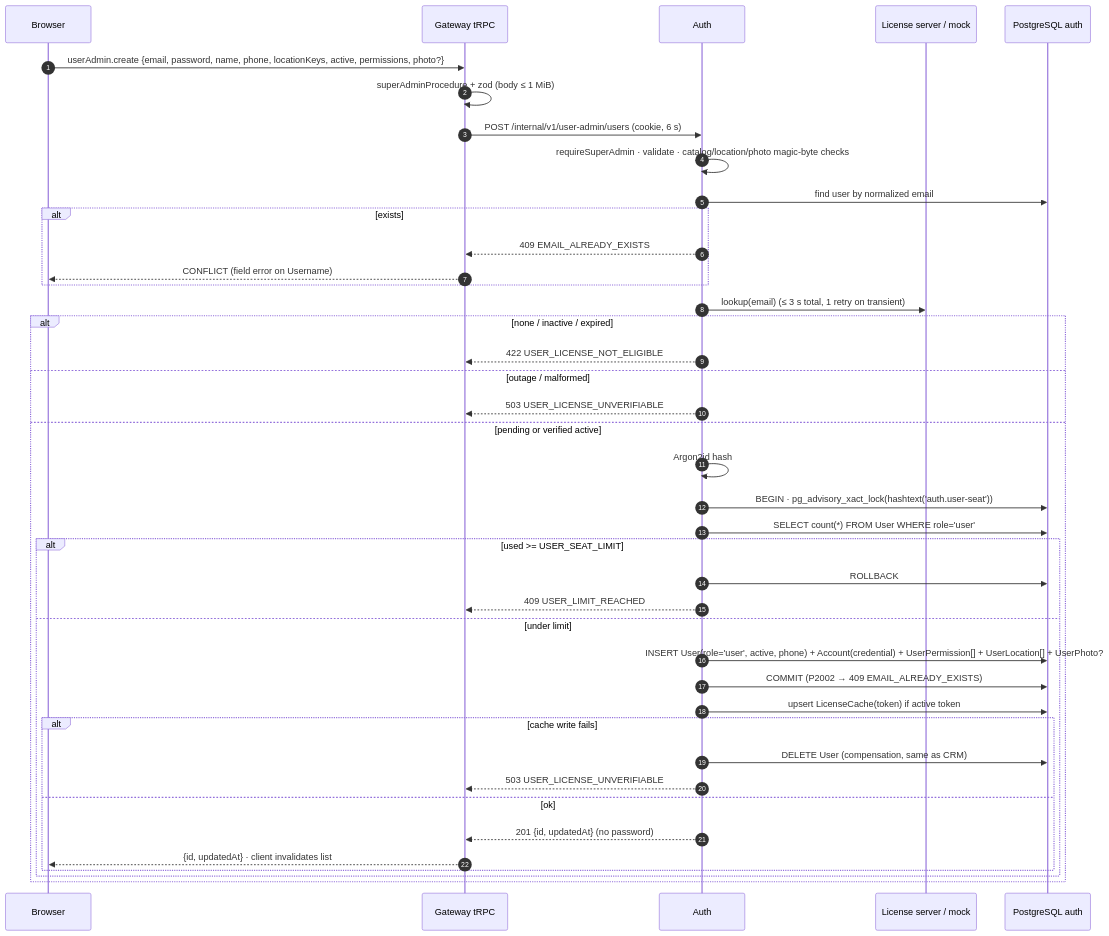
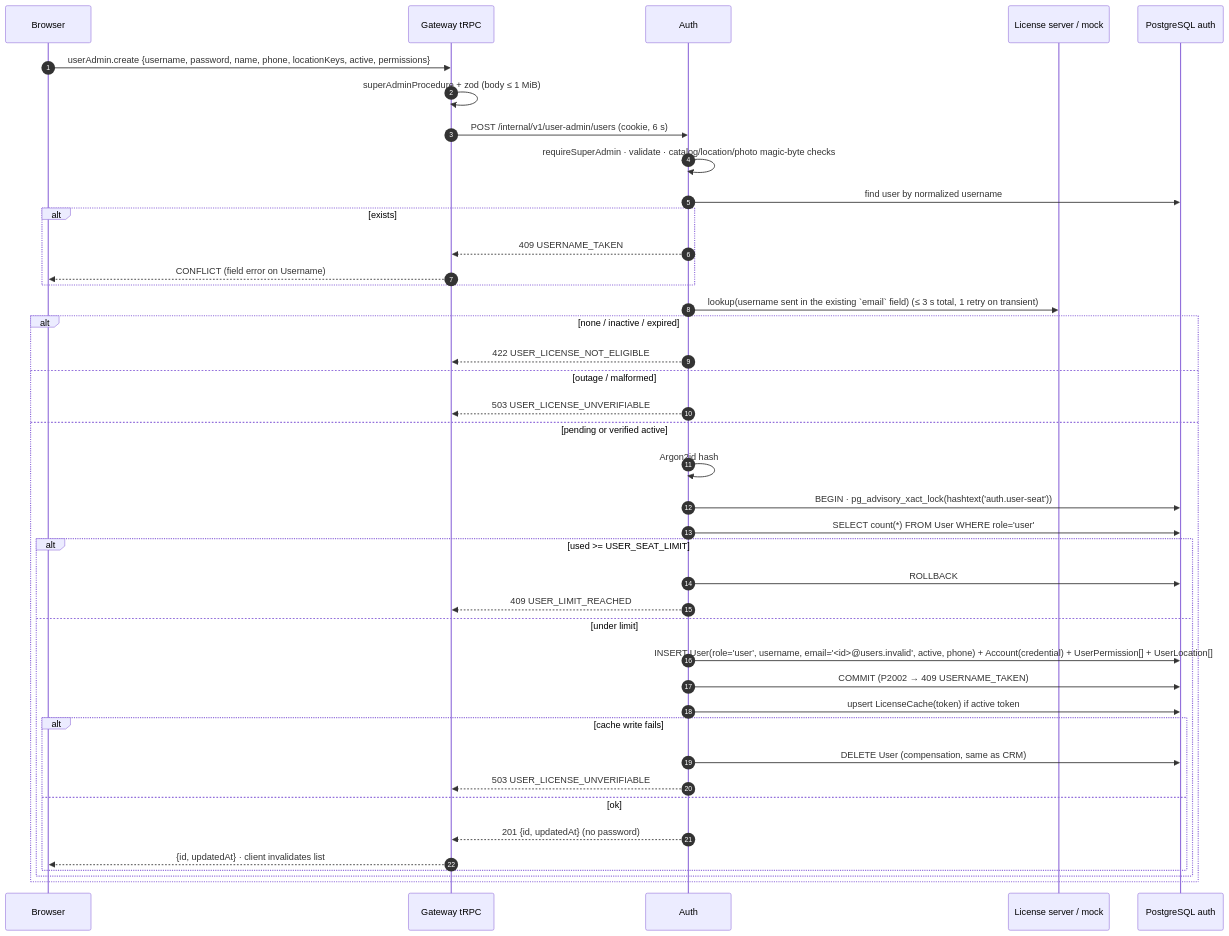
The second of 7 diagrams in document/apps/backend/auth/user-permission/sequence-diagram.md (jeweal-pm/gms-system-monorepo), drawn with Mermaid before and after one commit. The commit also changed other lines of this file and 65 other files, not shown here.

Commit message:
feat: update-user-permission

````diff
--- a/document/apps/backend/auth/user-permission/sequence-diagram.md
+++ b/document/apps/backend/auth/user-permission/sequence-diagram.md
@@ -47,43 +47,43 @@
 ```mermaid
 sequenceDiagram
     autonumber
     participant B as Browser
     participant G as Gateway tRPC
     participant A as Auth
     participant L as License server / mock
     participant DB as PostgreSQL auth
-    B->>G: userAdmin.create {email, password, name, phone, locationKeys, active, permissions, photo?}
+    B->>G: userAdmin.create {username, password, name, phone, locationKeys, active, permissions}
     G->>G: superAdminProcedure + zod (body ≤ 1 MiB)
     G->>A: POST /internal/v1/user-admin/users (cookie, 6 s)
     A->>A: requireSuperAdmin · validate · catalog/location/photo magic-byte checks
-    A->>DB: find user by normalized email
+    A->>DB: find user by normalized username
     alt exists
-        A-->>G: 409 EMAIL_ALREADY_EXISTS
+        A-->>G: 409 USERNAME_TAKEN
         G-->>B: CONFLICT (field error on Username)
     end
-    A->>L: lookup(email) (≤ 3 s total, 1 retry on transient)
+    A->>L: lookup(username sent in the existing `email` field) (≤ 3 s total, 1 retry on transient)
     alt none / inactive / expired
         A-->>G: 422 USER_LICENSE_NOT_ELIGIBLE
     else outage / malformed
         A-->>G: 503 USER_LICENSE_UNVERIFIABLE
     else pending or verified active
         A->>A: Argon2id hash
         A->>DB: BEGIN · pg_advisory_xact_lock(hashtext('auth.user-seat'))
         A->>DB: SELECT count(*) FROM User WHERE role='user'
         alt used >= USER_SEAT_LIMIT
             A->>DB: ROLLBACK
             A-->>G: 409 USER_LIMIT_REACHED
         else under limit
-            A->>DB: INSERT User(role='user', active, phone) + Account(credential) + UserPermission[] + UserLocation[] + UserPhoto?
-            A->>DB: COMMIT (P2002 → 409 EMAIL_ALREADY_EXISTS)
+            A->>DB: INSERT User(role='user', username, email='<id>@users.invalid', active, phone) + Account(credential) + UserPermission[] + UserLocation[]
+            A->>DB: COMMIT (P2002 → 409 USERNAME_TAKEN)
             A->>DB: upsert LicenseCache(token) if active token
             alt cache write fails
                 A->>DB: DELETE User (compensation, same as CRM)
                 A-->>G: 503 USER_LICENSE_UNVERIFIABLE
             else ok
                 A-->>G: 201 {id, updatedAt}  (no password)
                 G-->>B: {id, updatedAt} · client invalidates list
             end
         end
     end
 ```
````
